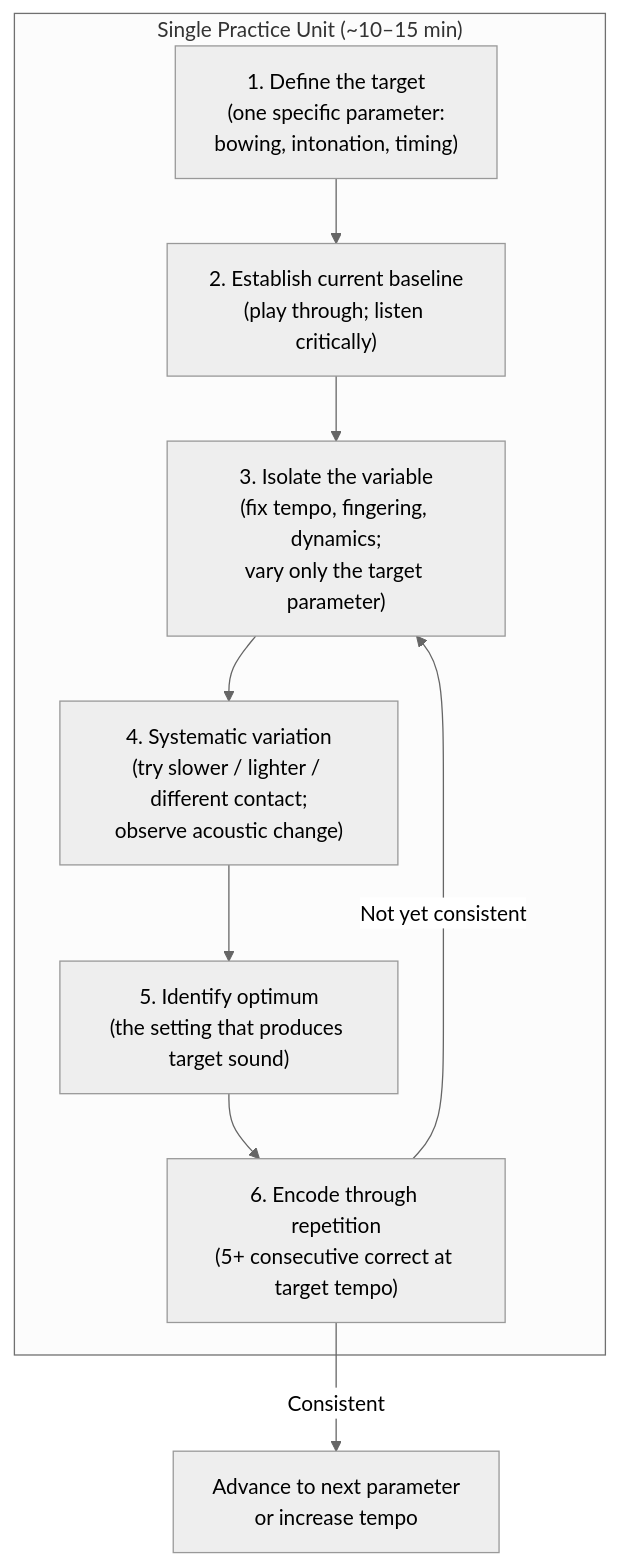
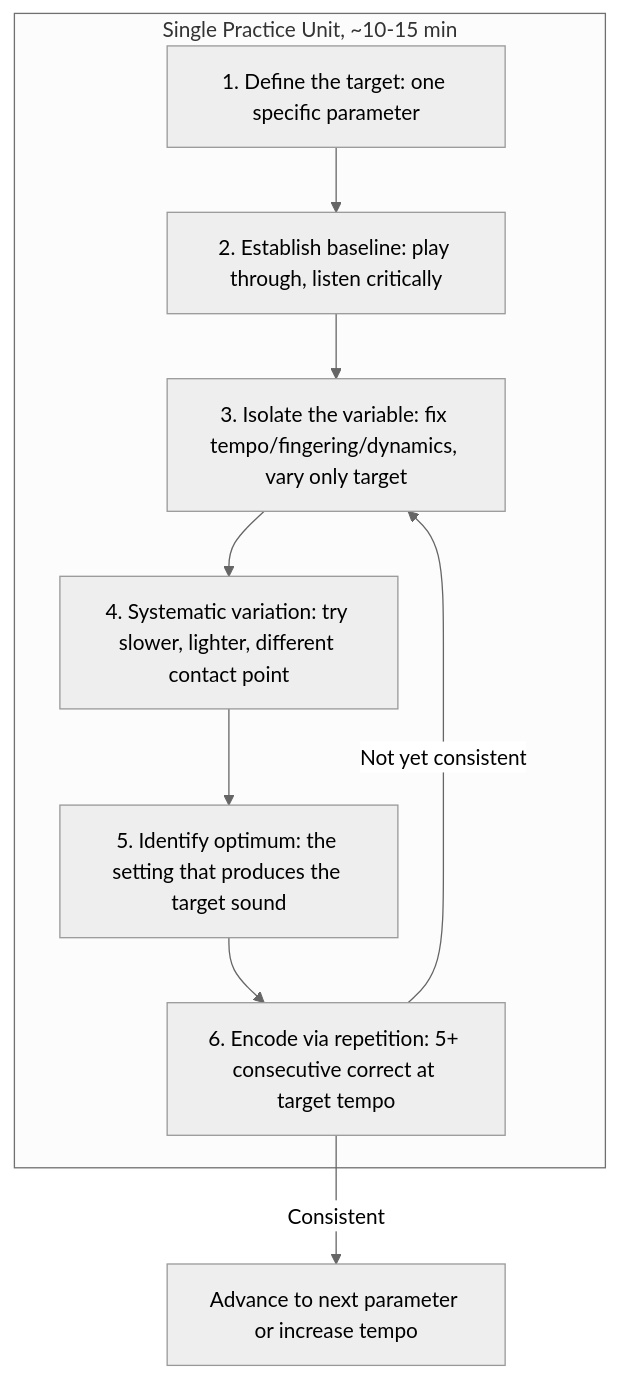
One commit to blebleblee/synapse changed the fourth of 6 diagrams in topics/arts/music_performance/strings/lesson_03_repertoire_and_practice.md. Above: the diagram before and after it, drawn with Mermaid (neutral theme). The commit also changed other lines of this file and 4 other files, not shown here.

````diff
--- a/topics/arts/music_performance/strings/lesson_03_repertoire_and_practice.md
+++ b/topics/arts/music_performance/strings/lesson_03_repertoire_and_practice.md
@@ -478,15 +456,15 @@
 ```mermaid
 graph TD
-    subgraph sub_practice_unit ["Single Practice Unit (~10–15 min)"]
-        P1["1. Define the target\n(one specific parameter:\nbowing, intonation, timing)"]
-        P2["2. Establish current baseline\n(play through; listen critically)"]
-        P3["3. Isolate the variable\n(fix tempo, fingering, dynamics;\nvary only the target parameter)"]
-        P4["4. Systematic variation\n(try slower / lighter / different contact;\nobserve acoustic change)"]
-        P5["5. Identify optimum\n(the setting that produces target sound)"]
-        P6["6. Encode through repetition\n(5+ consecutive correct at target tempo)"]
+    subgraph sub_practice_unit ["Single Practice Unit, ~10-15 min"]
+        P1["1. Define the target: one specific parameter"]
+        P2["2. Establish baseline: play through, listen critically"]
+        P3["3. Isolate the variable: fix tempo/fingering/dynamics, vary only target"]
+        P4["4. Systematic variation: try slower, lighter, different contact point"]
+        P5["5. Identify optimum: the setting that produces the target sound"]
+        P6["6. Encode via repetition: 5+ consecutive correct at target tempo"]
     end
 
     P1 --> P2 --> P3 --> P4 --> P5 --> P6
     P6 -->|"Not yet consistent"| P3
-    P6 -->|"Consistent"| P7["Advance to next parameter\nor increase tempo"]
+    P6 -->|"Consistent"| P7["Advance to next parameter or increase tempo"]
 ```
````
